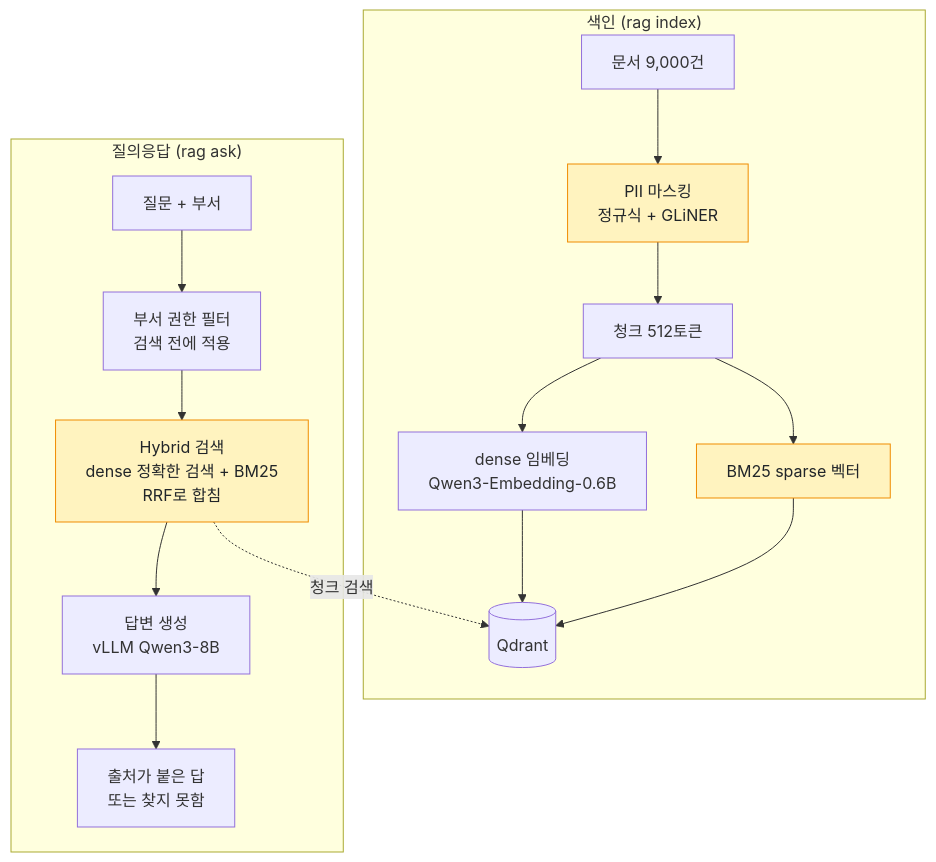
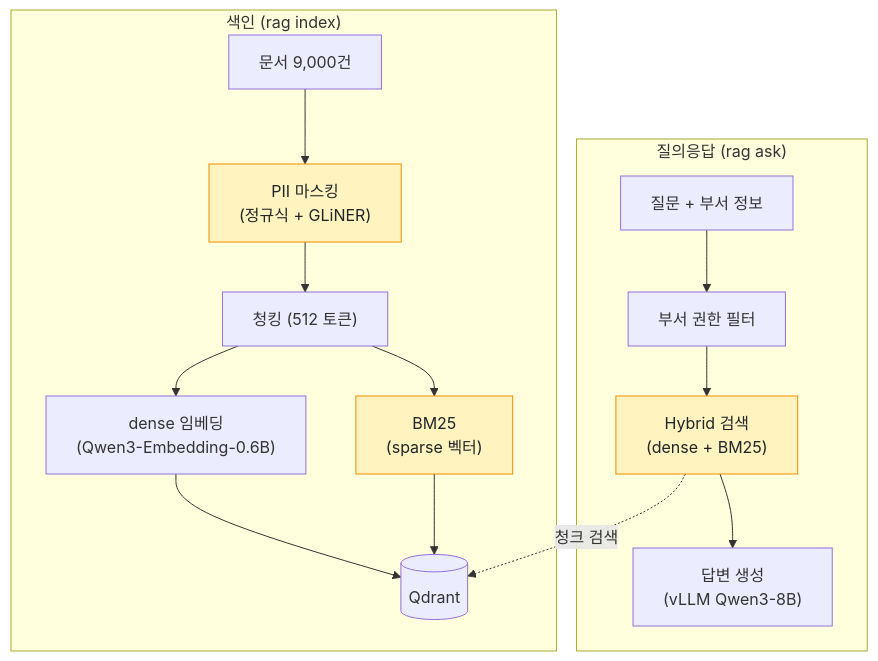
Before and after one commit to jhlee5647/enterprise-rag-project: the diagram in README.md, drawn with Mermaid. The commit also changed other lines of this file, not shown here.

Commit message:
README: 검색 누출률을 처음/지금 표에서 빼고 문장으로, 구조 그림 정리
- 검색 누출률은 처음부터 0이라 처음/지금 표 대신 문장으로 씀 (맨 위, 4절)
- 구조 그림의 상자 이름을 정리하고 답변 출력 상자를 뺌

````diff
--- a/README.md
+++ b/README.md
@@ -118,20 +118,23 @@
 ```mermaid
+---
+config:
+  layout: dagre
+---
 flowchart TB
     subgraph index["색인 (rag index)"]
-        D[문서 9,000건] --> M[PII 마스킹<br/>정규식 + GLiNER]
-        M --> C[청크 512토큰]
-        C --> E[dense 임베딩<br/>Qwen3-Embedding-0.6B]
-        C --> B[BM25 sparse 벡터]
+        D[문서 9,000건] --> M["PII 마스킹<br/>(정규식 + GLiNER)"]
+        M --> C["청킹 (512 토큰)"]
+        C --> E["dense 임베딩<br/>(Qwen3-Embedding-0.6B)"]
+        C --> B["BM25<br/>(sparse 벡터)"]
         E --> Q[(Qdrant)]
         B --> Q
     end
     subgraph ask["질의응답 (rag ask)"]
-        U[질문 + 부서] --> F[부서 권한 필터<br/>검색 전에 적용]
-        F --> H[Hybrid 검색<br/>dense 정확한 검색 + BM25<br/>RRF로 합침]
-        H --> L[답변 생성<br/>vLLM Qwen3-8B]
-        L --> A[출처가 붙은 답<br/>또는 찾지 못함]
+        U[질문 + 부서 정보] --> F[부서 권한 필터]
+        F --> H["Hybrid 검색<br/>(dense + BM25)"]
+        H --> L["답변 생성<br/>(vLLM Qwen3-8B)"]
     end
     H -.->|청크 검색| Q
     classDef changed fill:#fff3bf,stroke:#f08c00,color:#212529
     class M,B,H changed
 ```
````
